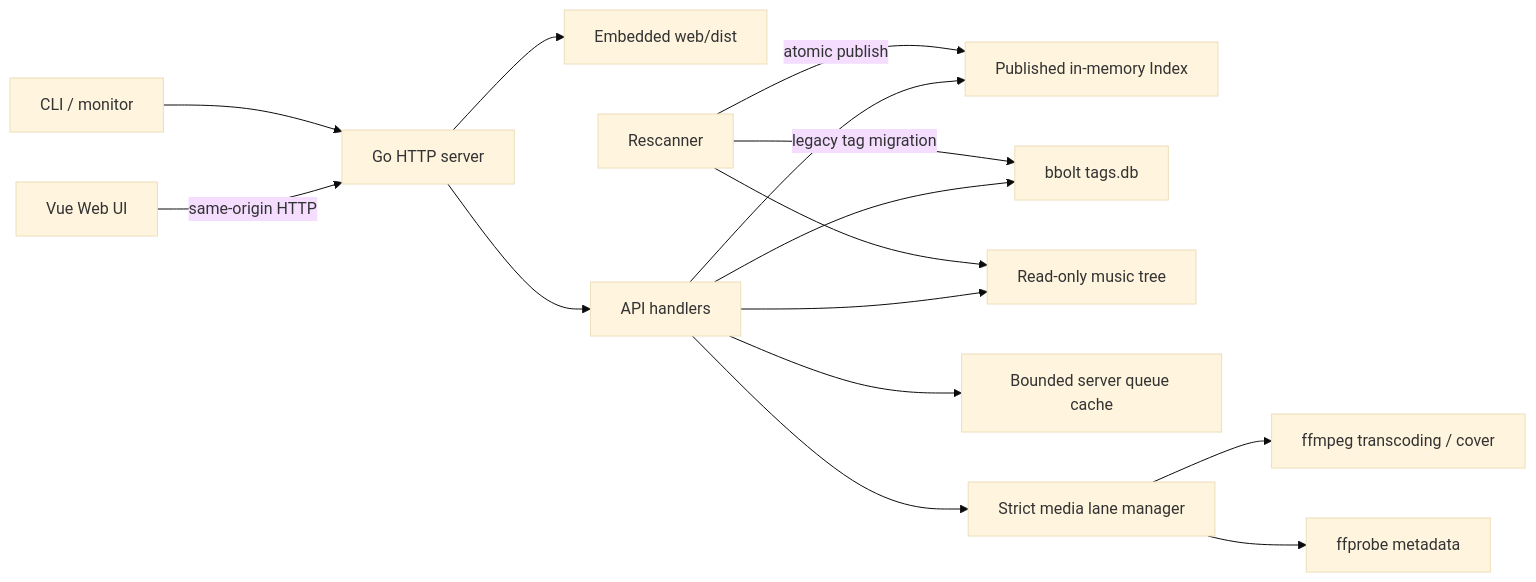
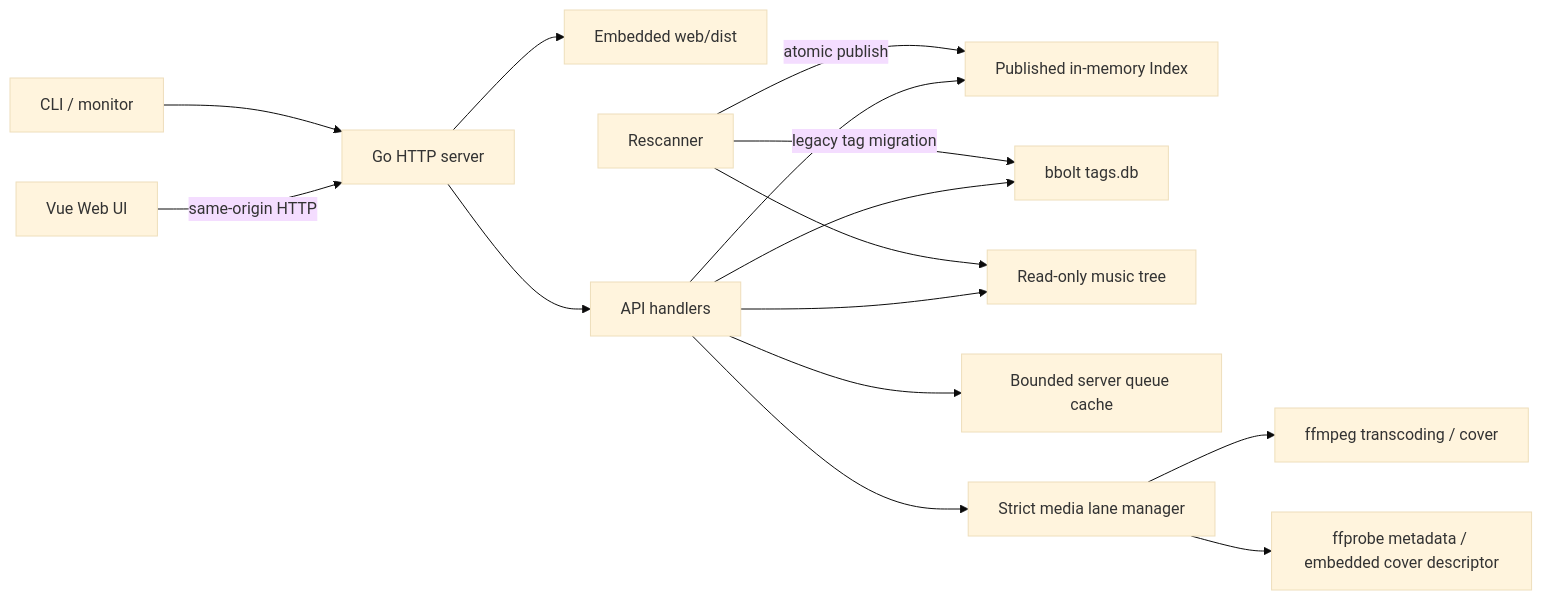
Before and after one commit to ColderCoder/ShuffleMuse: the first of 2 diagrams in docs/ARCHITECTURE.md, drawn with Mermaid (base theme). The commit also changed other lines of this file and 23 other files, not shown here.

````diff
--- a/docs/ARCHITECTURE.md
+++ b/docs/ARCHITECTURE.md
@@ -7,17 +7,17 @@
 ```mermaid
 flowchart LR
     Browser[Vue Web UI] -->|same-origin HTTP| Server[Go HTTP server]
     CLI[CLI / monitor] --> Server
     Server --> SPA[Embedded web/dist]
     Server --> API[API handlers]
     API --> Snapshot[Published in-memory Index]
     API --> Tags[bbolt tags.db]
     API --> Files[Read-only music tree]
     API --> Queue[Bounded server queue cache]
     API --> Manager[Strict media lane manager]
     Manager --> FFmpeg[ffmpeg transcoding / cover]
-    Manager --> FFprobe[ffprobe metadata]
+    Manager --> FFprobe[ffprobe metadata / embedded cover descriptor]
     Rescanner[Rescanner] -->|atomic publish| Snapshot
     Rescanner --> Files
     Rescanner -->|legacy tag migration| Tags
 ```
````
